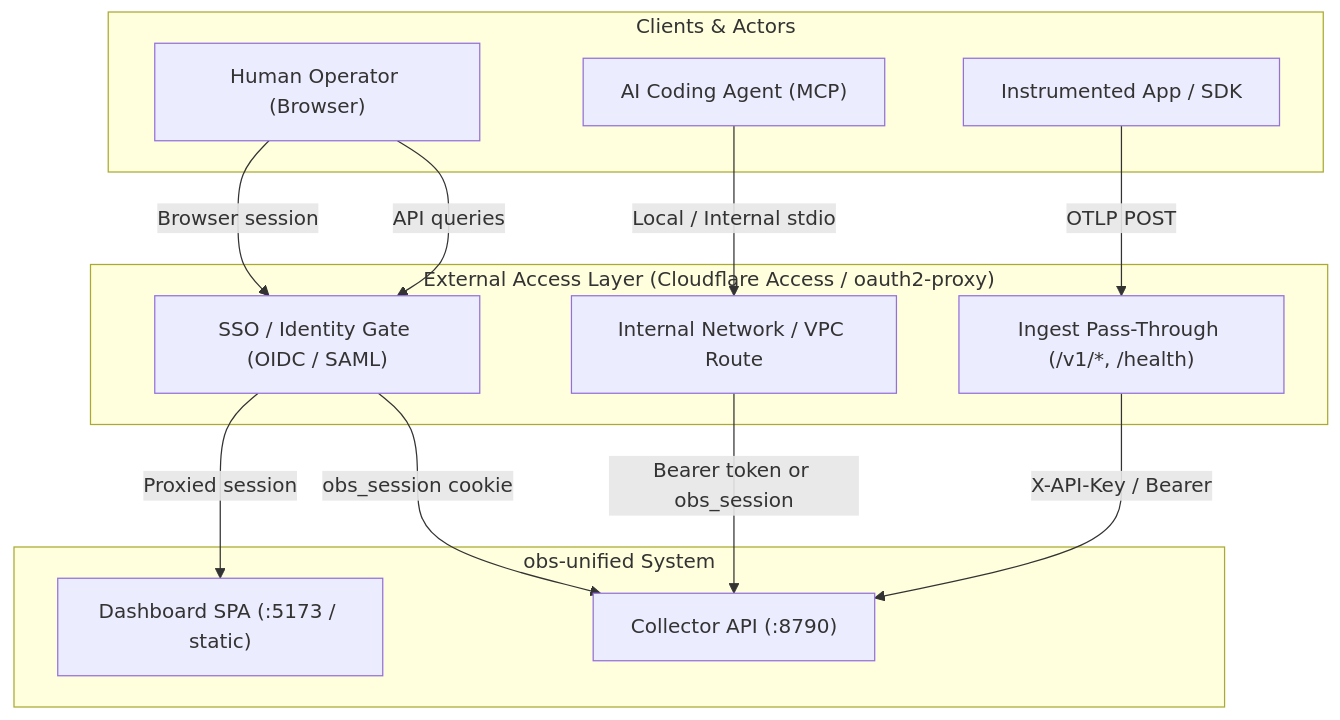
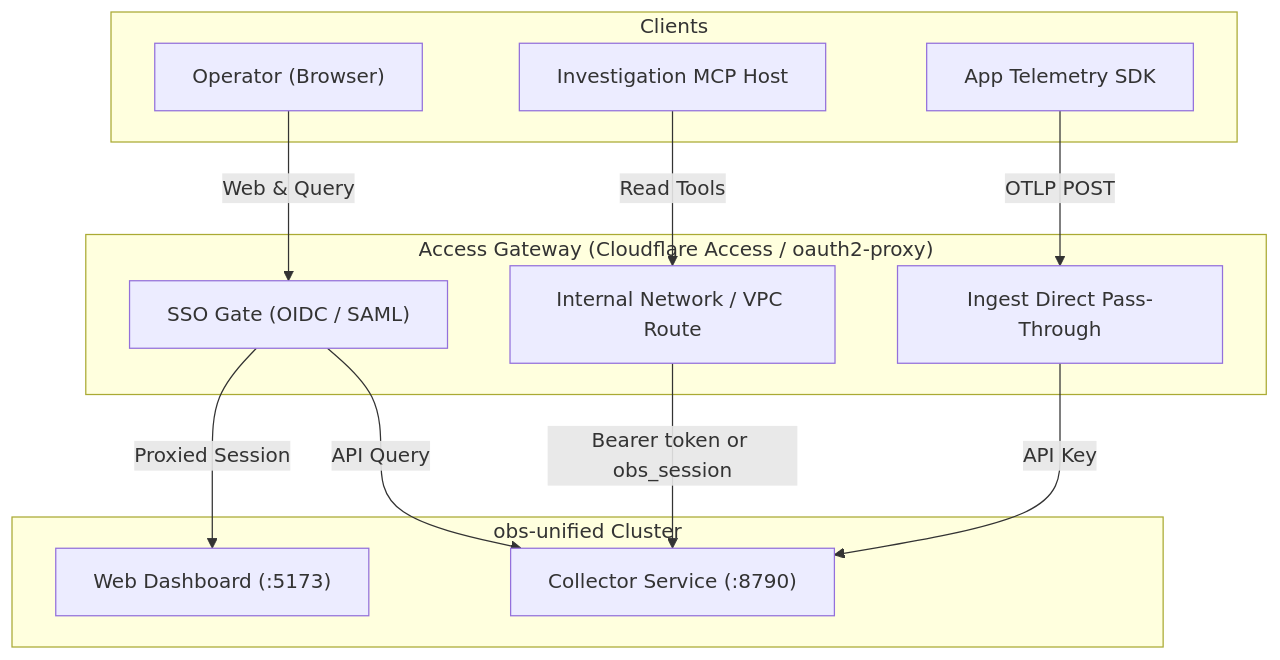
Before and after one commit to dev-sawan-ruparel/obs-unified: the diagram in docs/ops/identity-access-recipes.md, drawn with Mermaid. The commit also changed other lines of this file and 84 other files, not shown here.

Commit message:
feat(contracts): unify dashboard routes, internal HTTP schemas, env manifest, DB parity, and ops docs (RFC 0014)

````diff
--- a/docs/ops/identity-access-recipes.md
+++ b/docs/ops/identity-access-recipes.md
@@ -27,24 +23,24 @@
 ```mermaid
 flowchart TD
-    subgraph External["Clients & Actors"]
-        User["Human Operator (Browser)"]
-        Agent["AI Coding Agent (MCP)"]
-        App["Instrumented App / SDK"]
-    end
+  subgraph External["Clients"]
+    Browser["Operator (Browser)"]
+    MCPAgent["Investigation MCP Host"]
+    OTelApp["App Telemetry SDK"]
+  end
 
-    subgraph Perimeter["External Access Layer (Cloudflare Access / oauth2-proxy)"]
-        SSO["SSO / Identity Gate (OIDC / SAML)"]
-        DirectNet["Internal Network / VPC Route"]
-        Bypass["Ingest Pass-Through (/v1/*, /health)"]
-    end
+  subgraph Perimeter["Access Gateway (Cloudflare Access / oauth2-proxy)"]
+    SSOGate["SSO Gate (OIDC / SAML)"]
+    InternalVPC["Internal Network / VPC Route"]
+    IngestPass["Ingest Direct Pass-Through"]
+  end
 
-    subgraph ObsStack["obs-unified System"]
-        Dashboard["Dashboard SPA (:5173 / static)"]
-        Collector["Collector API (:8790)"]
-    end
+  subgraph Internal["obs-unified Cluster"]
+    Web["Web Dashboard (:5173)"]
+    Collector["Collector Service (:8790)"]
+  end
 
-    User -->|Browser session| SSO -->|Proxied session| Dashboard
-    User -->|API queries| SSO -->|obs_session cookie| Collector
-    Agent -->|Local / Internal stdio| DirectNet -->|Bearer token or obs_session| Collector
-    App -->|OTLP POST| Bypass -->|X-API-Key / Bearer| Collector
+  Browser -->|Web & Query| SSOGate -->|Proxied Session| Web
+  SSOGate -->|API Query| Collector
+  MCPAgent -->|Read Tools| InternalVPC -->|Bearer token or obs_session| Collector
+  OTelApp -->|OTLP POST| IngestPass -->|API Key| Collector
 ```
````
